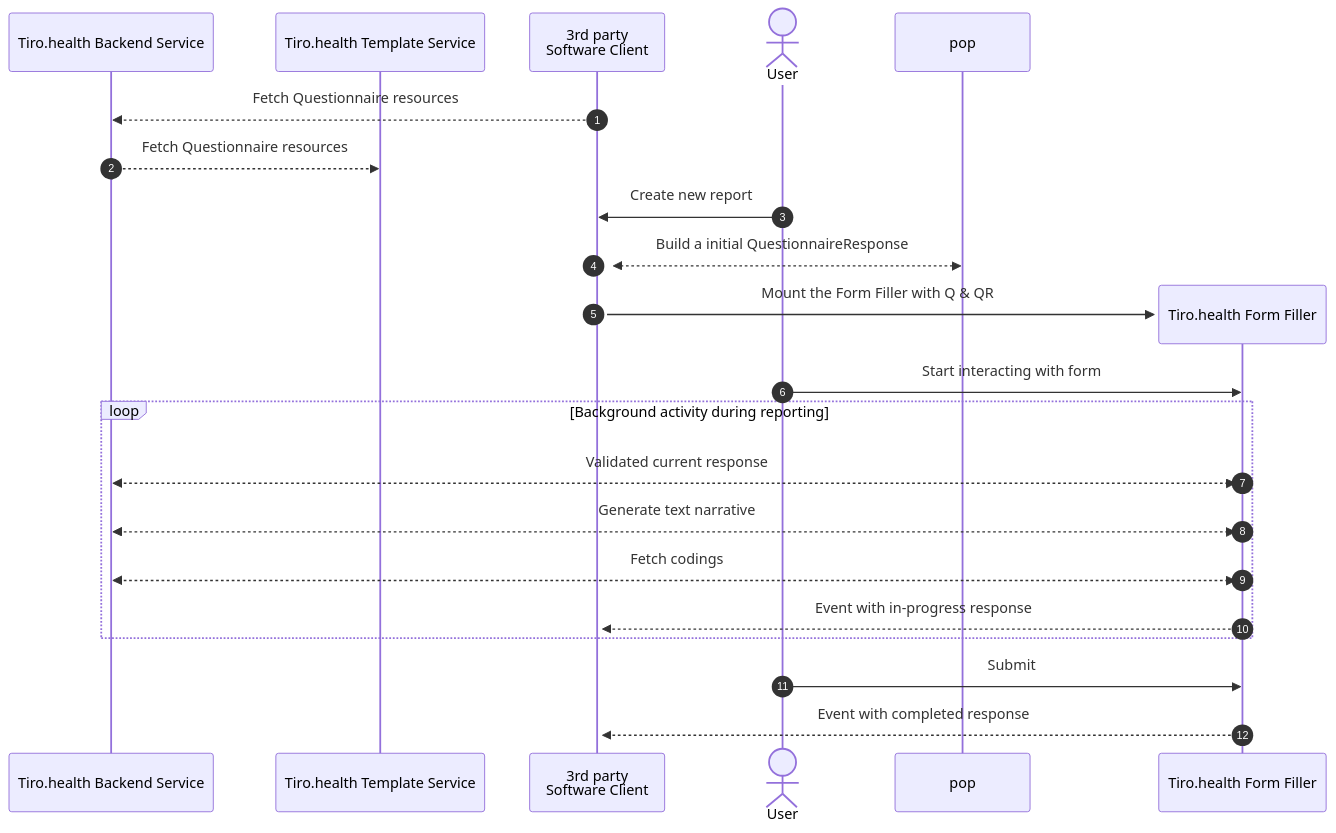
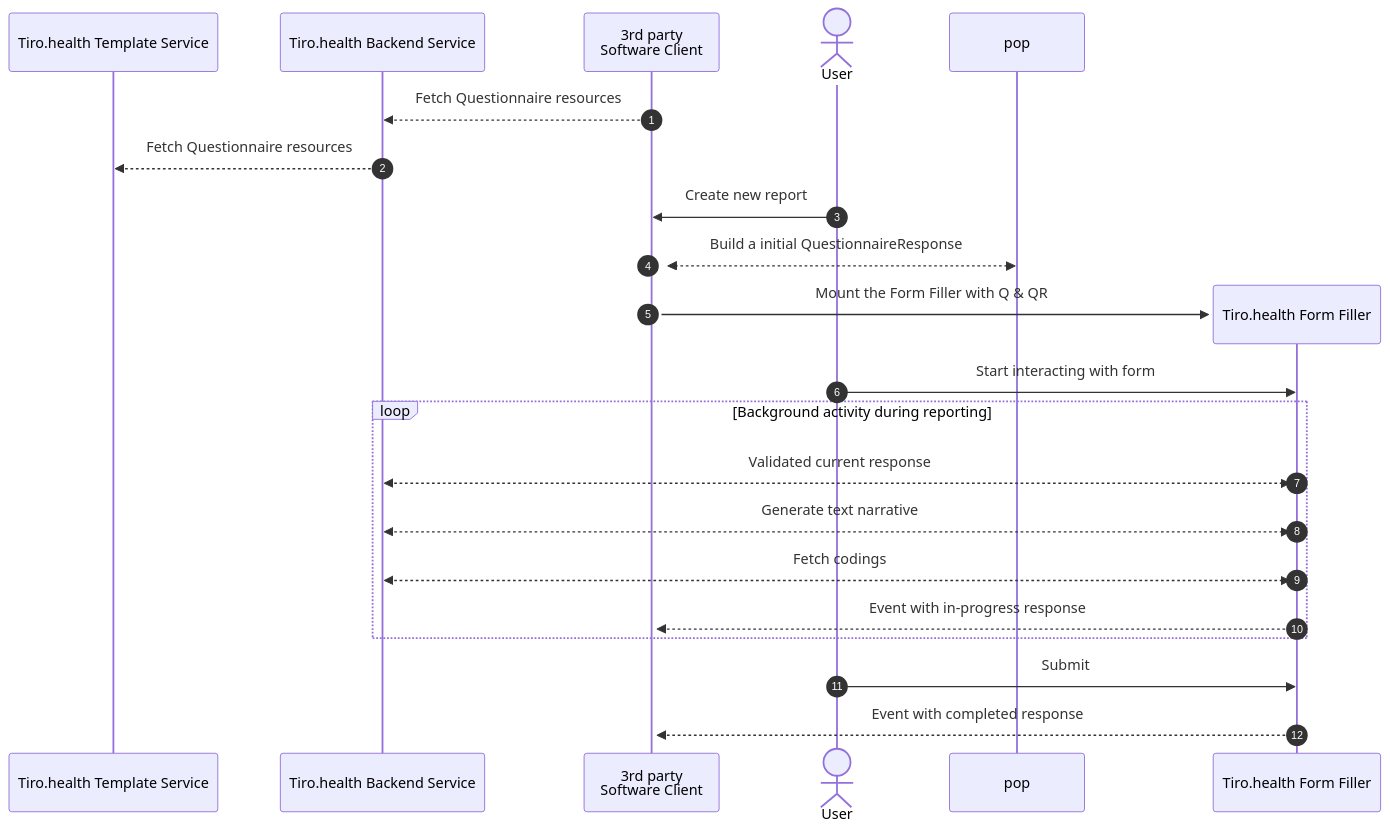
The second of 2 diagrams in src/app/form-sdk/page.mdx (Tiro-health/atticus-docs), drawn with Mermaid before and after one commit. The commit also changed other lines of this file, not shown here.

Commit message:
Fix participant label in sequence diagram

````diff
--- a/src/app/form-sdk/page.mdx
+++ b/src/app/form-sdk/page.mdx
@@ -84,24 +84,24 @@
 ```mermaid
 sequenceDiagram
 	autonumber
+    participant ts as Tiro.health Template Service
 	participant bs as Tiro.health Backend Service
-    participant ts as Tiro.health Template Service
 	participant client as 3rd party <br/> Software Client
 	actor User
  	client -->> bs: Fetch Questionnaire resources
 	bs -->> ts: Fetch Questionnaire resources
 	User ->> client: Create new report
 	activate client
 	client <<-->> pop: Build a initial QuestionnaireResponse
 	create participant ff as Tiro.health Form Filler
 	client ->> ff: Mount the Form Filler with Q & QR
 	User ->> ff: Start interacting with form
 	loop Background activity during reporting
 	ff <<-->> bs: Validated current response
 	ff <<-->> bs: Generate text narrative
 	ff <<-->> bs: Fetch codings
 	ff -->> client: Event with in-progress response
 	end
 	User ->> ff: Submit
 	ff -->> client: Event with completed response
 ```
````
